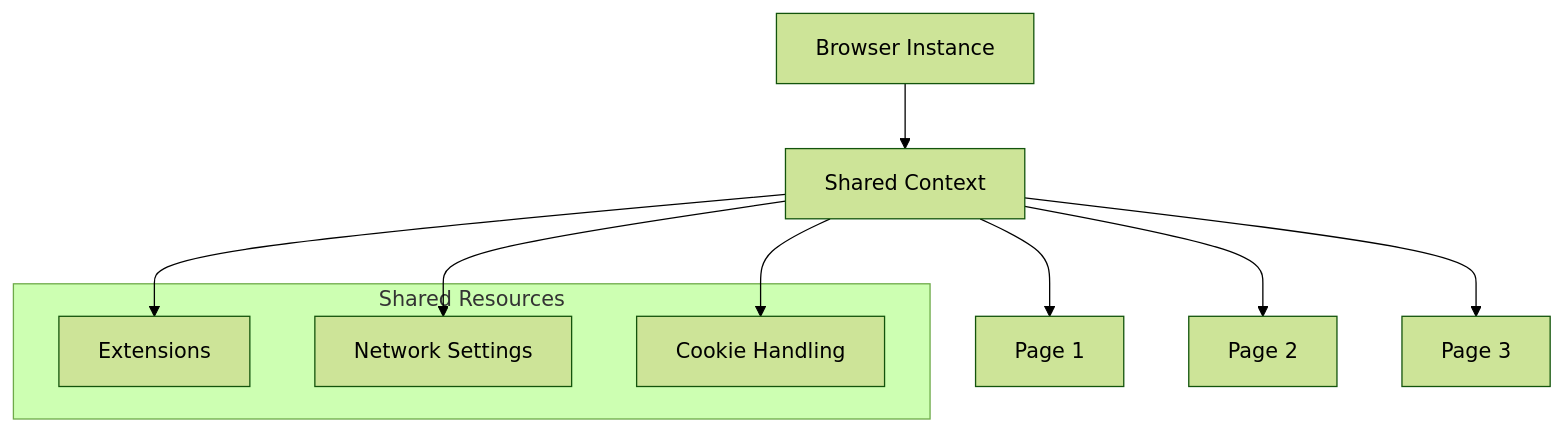
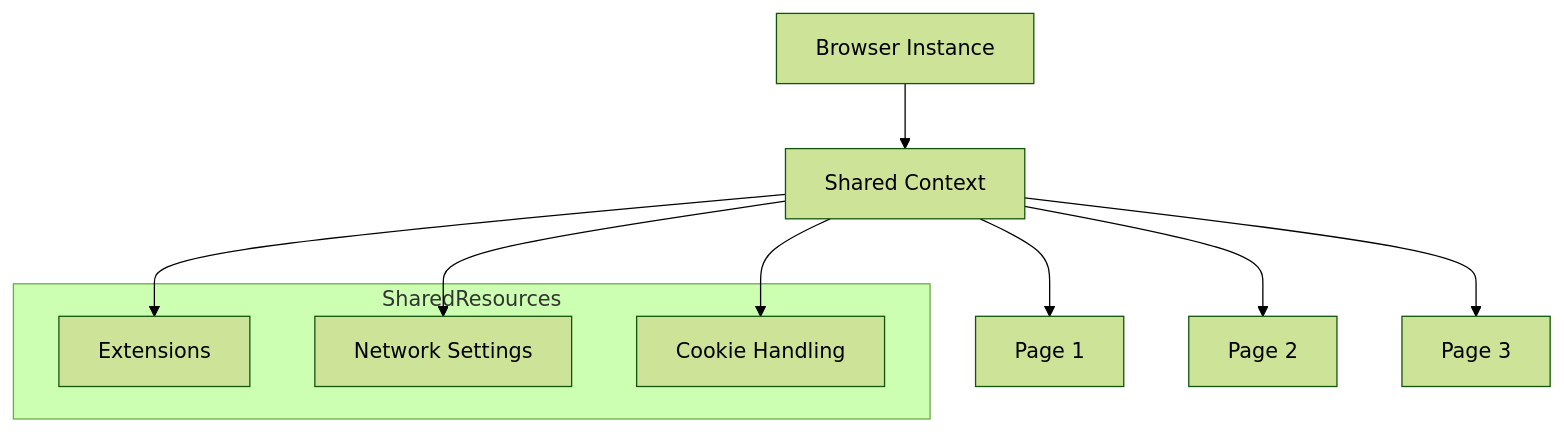
The diagram in core-concepts/browser-context.md (pixashot/docs), drawn with Mermaid (forest theme) before and after one commit. The commit also changed 2 other files, not shown here.

Commit message:
Fixed mermaid graphs

````diff
--- a/core-concepts/browser-context.md
+++ b/core-concepts/browser-context.md
@@ -16,15 +16,15 @@
 ```mermaid
 graph TD
     A[Browser Instance] --> B[Shared Context]
     B --> C1[Page 1]
     B --> C2[Page 2]
     B --> C3[Page 3]
-    subgraph "Shared Resources"
+    subgraph SharedResources
         D[Extensions]
         E[Network Settings]
         F[Cookie Handling]
     end
     B --> D
     B --> E
     B --> F
 ```
````
